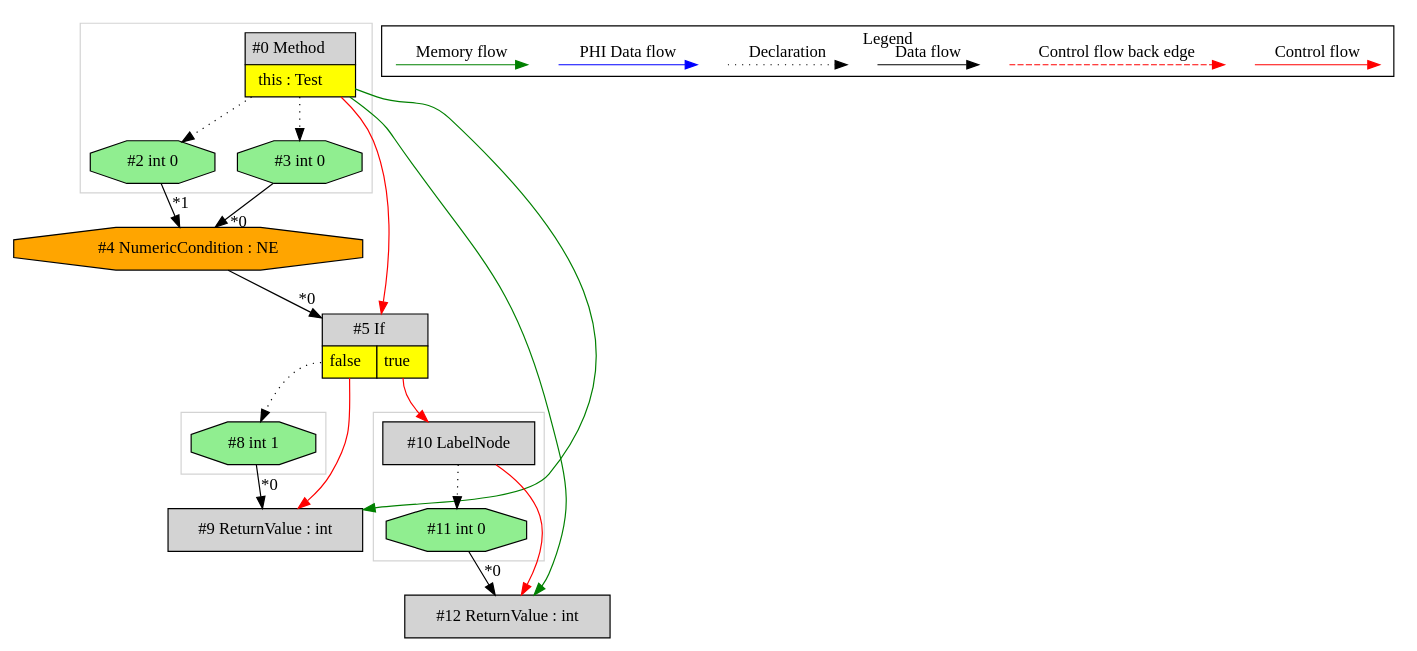
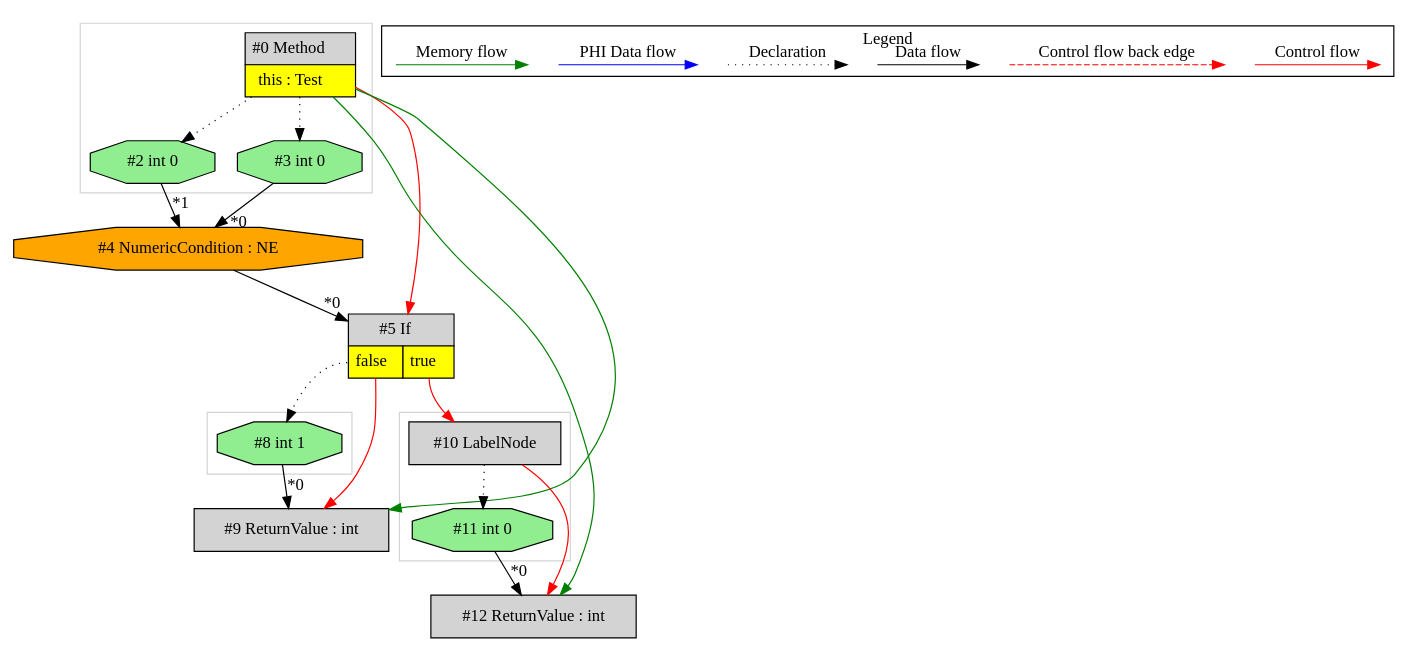
Before and after one commit to mirkosertic/MetaIR: the diagram in de.mirkosertic.metair.ir.OpcodeIFICMPNETest/test_IF_ICMPNE/ir.dot, drawn with Graphviz. The commit also changed other lines of this file and 712 other files, not shown here.

```diff
--- a/de.mirkosertic.metair.ir.OpcodeIFICMPNETest/test_IF_ICMPNE/ir.dot
+++ b/de.mirkosertic.metair.ir.OpcodeIFICMPNETest/test_IF_ICMPNE/ir.dot
@@ -1,69 +1,69 @@
 digraph {
  ordering="in";
  node0[margin="0", label=<<table border="0" cellborder="1" cellspacing="0" cellpadding="5"><tr><td colspan="1">#0 Method</td></tr><tr><td port="prj1" bgcolor="yellow">this : Test</td></tr></table>>,shape=none, fillcolor=lightgrey, style=filled];
- node3[label="#3 int 0",shape=octagon, fillcolor=lightgreen, style=filled];
- node0 -> node3[style=dotted];
+ node12[label="#12 ReturnValue : int",shape=box, fillcolor=lightgrey, style=filled];
+ node11 -> node12[headlabel="*0", labeldistance=2];
+ node10 -> node12[labeldistance=2, color=red, fontcolor=red];
+ node0 -> node12[labeldistance=2, color=green, constraint=false];
+ node10[label="#10 LabelNode",shape=box, fillcolor=lightgrey, style=filled];
+ node5:prj7 -> node10[labeldistance=2, color=red, fontcolor=red];
+ node5[margin="0", label=<<table border="0" cellborder="1" cellspacing="0" cellpadding="5"><tr><td colspan="2">#5 If</td></tr><tr><td port="prj6" bgcolor="yellow">false</td><td port="prj7" bgcolor="yellow">true</td></tr></table>>,shape=none, fillcolor=lightgrey, style=filled];
+ node4 -> node5[headlabel="*0", labeldistance=2];
+ node0 -> node5[labeldistance=2, color=red, fontcolor=red];
  node4[label="#4 NumericCondition : NE",shape=octagon, fillcolor=orange, style=filled];
  node3 -> node4[headlabel="*0", labeldistance=2];
  node2 -> node4[headlabel="*1", labeldistance=2];
  node2[label="#2 int 0",shape=octagon, fillcolor=lightgreen, style=filled];
  node0 -> node2[style=dotted];
- node5[margin="0", label=<<table border="0" cellborder="1" cellspacing="0" cellpadding="5"><tr><td colspan="2">#5 If</td></tr><tr><td port="prj6" bgcolor="yellow">false</td><td port="prj7" bgcolor="yellow">true</td></tr></table>>,shape=none, fillcolor=lightgrey, style=filled];
- node4 -> node5[headlabel="*0", labeldistance=2];
- node0 -> node5[labeldistance=2, color=red, fontcolor=red];
- node10[label="#10 LabelNode",shape=box, fillcolor=lightgrey, style=filled];
- node5:prj7 -> node10[labeldistance=2, color=red, fontcolor=red];
- node11[label="#11 int 0",shape=octagon, fillcolor=lightgreen, style=filled];
- node10 -> node11[style=dotted];
- node12[label="#12 ReturnValue : int",shape=box, fillcolor=lightgrey, style=filled];
- node11 -> node12[headlabel="*0", labeldistance=2];
- node10 -> node12[labeldistance=2, color=red, fontcolor=red];
- node0 -> node12[labeldistance=2, color=green, constraint=false];
+ node3[label="#3 int 0",shape=octagon, fillcolor=lightgreen, style=filled];
+ node0 -> node3[style=dotted];
  node8[label="#8 int 1",shape=octagon, fillcolor=lightgreen, style=filled];
  node5:prj6 -> node8[style=dotted];
  node9[label="#9 ReturnValue : int",shape=box, fillcolor=lightgrey, style=filled];
  node8 -> node9[headlabel="*0", labeldistance=2];
  node5:prj6 -> node9[labeldistance=2, color=red, fontcolor=red];
  node0 -> node9[labeldistance=2, color=green, constraint=false];
+ node11[label="#11 int 0",shape=octagon, fillcolor=lightgreen, style=filled];
+ node10 -> node11[style=dotted];
  subgraph cluster_0 {
   color=lightgray;
-  node0;
-  node2;
-  node3;
+  node8;
  }
  subgraph cluster_1 {
   color=lightgray;
   node10;
   node11;
  }
  subgraph cluster_2 {
   color=lightgray;
-  node8;
+  node0;
+  node2;
+  node3;
  }
  subgraph cluster_000 {
   label = "Legend";
   node [shape=point]
   {
    rank=same;
    c0 [style = invis];
    c1 [style = invis];
    c2 [style = invis];
    c3 [style = invis];
    d0 [style = invis];
    d1 [style = invis];
    d2 [style = invis];
    d3 [style = invis];
    d4 [style = invis];
    d5 [style = invis];
    d6 [style = invis];
    d7 [style = invis];
   }
   c0 -> c1 [label="Control flow", style=solid, color=red]
   c2 -> c3 [label="Control flow back edge", style=dashed, color=red]
   d0 -> d1 [label="Data flow"]
   d2 -> d3 [label="Declaration", style=dotted]
   d4 -> d5 [label="PHI Data flow", color=blue]
   d6 -> d7 [label="Memory flow", color=green]
  }
 
 }
```
